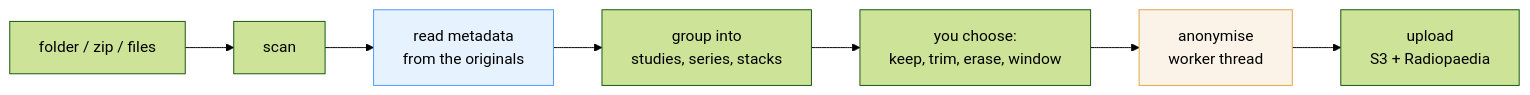
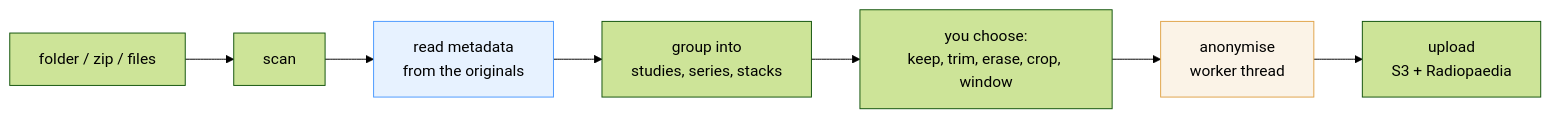
Before and after one commit to gmadevs/Radiouploader: the diagram in docs/internals/architecture.md, drawn with Mermaid (forest theme). The commit also changed 34 other files, not shown here.

````diff
--- a/docs/internals/architecture.md
+++ b/docs/internals/architecture.md
@@ -8,12 +8,12 @@
 ```mermaid
 flowchart LR
   A[folder / zip / files] --> B[scan]
   B --> C[read metadata<br/>from the originals]
   C --> D[group into<br/>studies, series, stacks]
-  D --> E[you choose:<br/>keep, trim, erase, window]
+  D --> E[you choose:<br/>keep, trim, erase, crop, window]
   E --> F[anonymise<br/>worker thread]
   F --> G[upload<br/>S3 + Radiopaedia]
 
   style C fill:#4c9aff22,stroke:#4c9aff
   style F fill:#e0a44a22,stroke:#e0a44a
 ```
````
